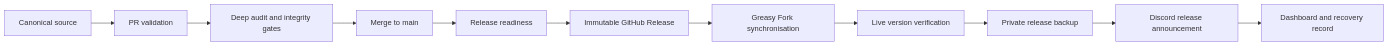
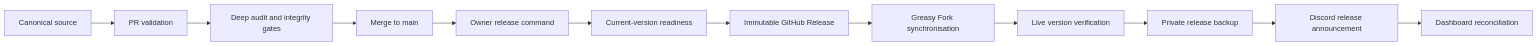
Before and after one commit to Conroy1988/missionchief-toolkit-assets: the diagram in README.md, drawn with Mermaid. The commit also changed other lines of this file, not shown here.

````diff
--- a/README.md
+++ b/README.md
@@ -180,13 +175,14 @@
 ```mermaid
 flowchart LR
     A[Canonical source] --> B[PR validation]
     B --> C[Deep audit and integrity gates]
     C --> D[Merge to main]
-    D --> E[Release readiness]
-    E --> F[Immutable GitHub Release]
-    F --> G[Greasy Fork synchronisation]
-    G --> H[Live version verification]
-    H --> I[Private release backup]
-    I --> J[Discord release announcement]
-    J --> K[Dashboard and recovery record]
+    D --> E[Owner release command]
+    E --> F[Current-version readiness]
+    F --> G[Immutable GitHub Release]
+    G --> H[Greasy Fork synchronisation]
+    H --> I[Live version verification]
+    I --> J[Private release backup]
+    J --> K[Discord release announcement]
+    K --> L[Dashboard reconciliation]
 ```
````
